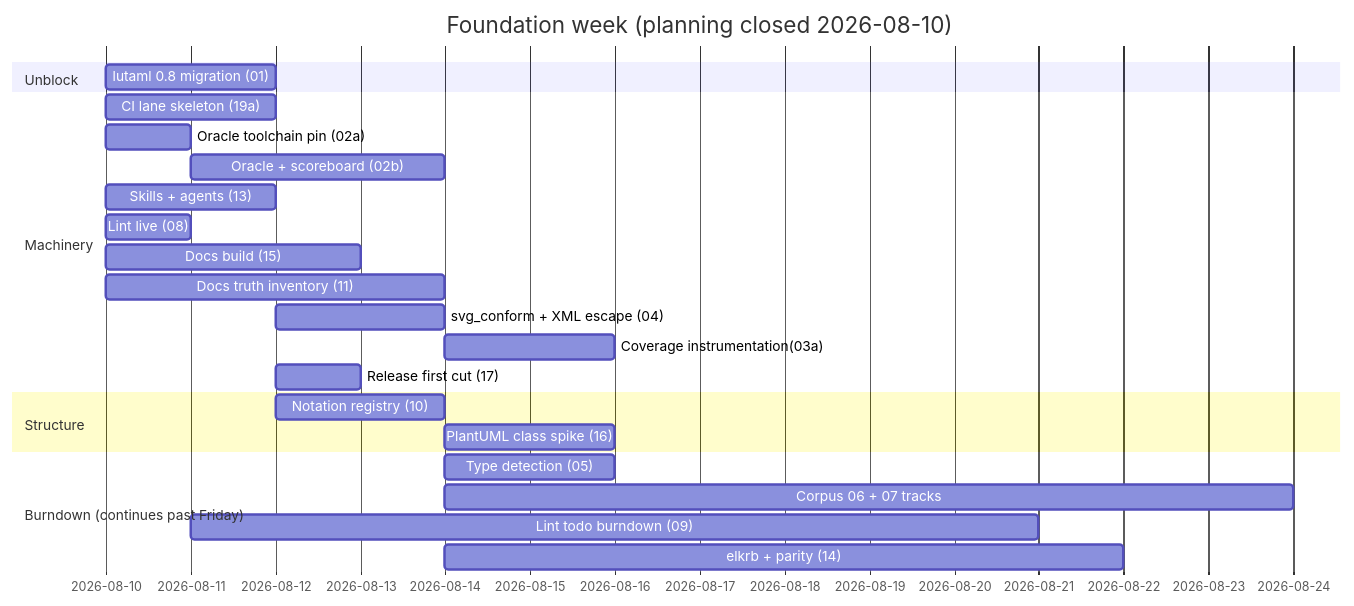
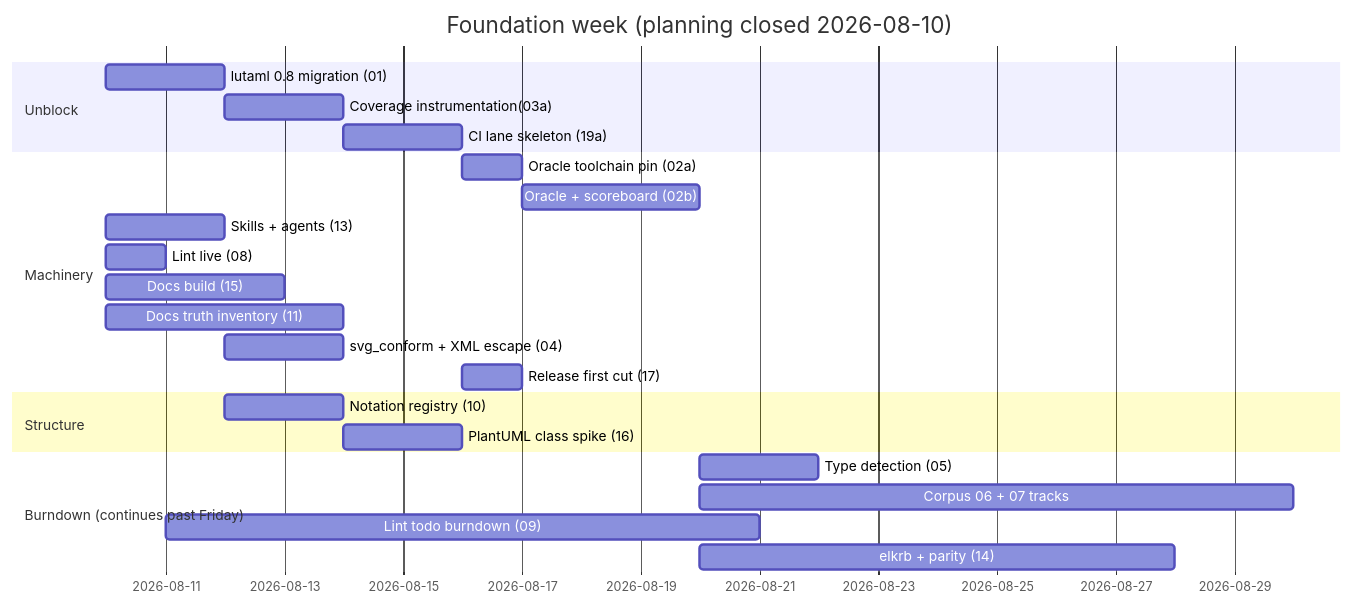
The first of 2 diagrams in TODO.foundation/00-overview.md (claricle/sirena), drawn with Mermaid before and after one commit. The commit also changed other lines of this file and 18 other files, not shown here.

````diff
--- a/TODO.foundation/00-overview.md
+++ b/TODO.foundation/00-overview.md
@@ -18,26 +18,26 @@
 ```mermaid
 gantt
     dateFormat  YYYY-MM-DD
     title Foundation week (planning closed 2026-08-10)
     section Unblock
     lutaml 0.8 migration (01)    :i01, 2026-08-10, 2d
+    Coverage instrumentation(03a):i03, after i01, 2d
+    CI lane skeleton (19a)       :i19a, after i03, 2d
     section Machinery
-    CI lane skeleton (19a)       :i19a, 2026-08-10, 2d
-    Oracle toolchain pin (02a)   :i02a, 2026-08-10, 1d
+    Oracle toolchain pin (02a)   :i02a, after i19a, 1d
     Oracle + scoreboard (02b)    :i02, after i02a, 3d
     Skills + agents (13)         :i13, 2026-08-10, 2d
     Lint live (08)               :i08, 2026-08-10, 1d
     Docs build (15)              :i15, 2026-08-10, 3d
     Docs truth inventory (11)    :i11, 2026-08-10, 4d
     svg_conform + XML escape (04):i04, after i01, 2d
-    Coverage instrumentation(03a):i03, after i02, 2d
-    Release first cut (17)       :i17, after i01 i19a, 1d
+    Release first cut (17)       :i17, after i19a, 1d
     section Structure
     Notation registry (10)       :i10, after i01, 2d
     PlantUML class spike (16)    :i16, after i10, 2d
     section Burndown (continues past Friday)
     Type detection (05)          :i05, after i02, 2d
     Corpus 06 + 07 tracks        :i06, after i02, 10d
     Lint todo burndown (09)      :i09, after i08, 10d
     elkrb + parity (14)          :i14, after i02, 8d
 ```
````
